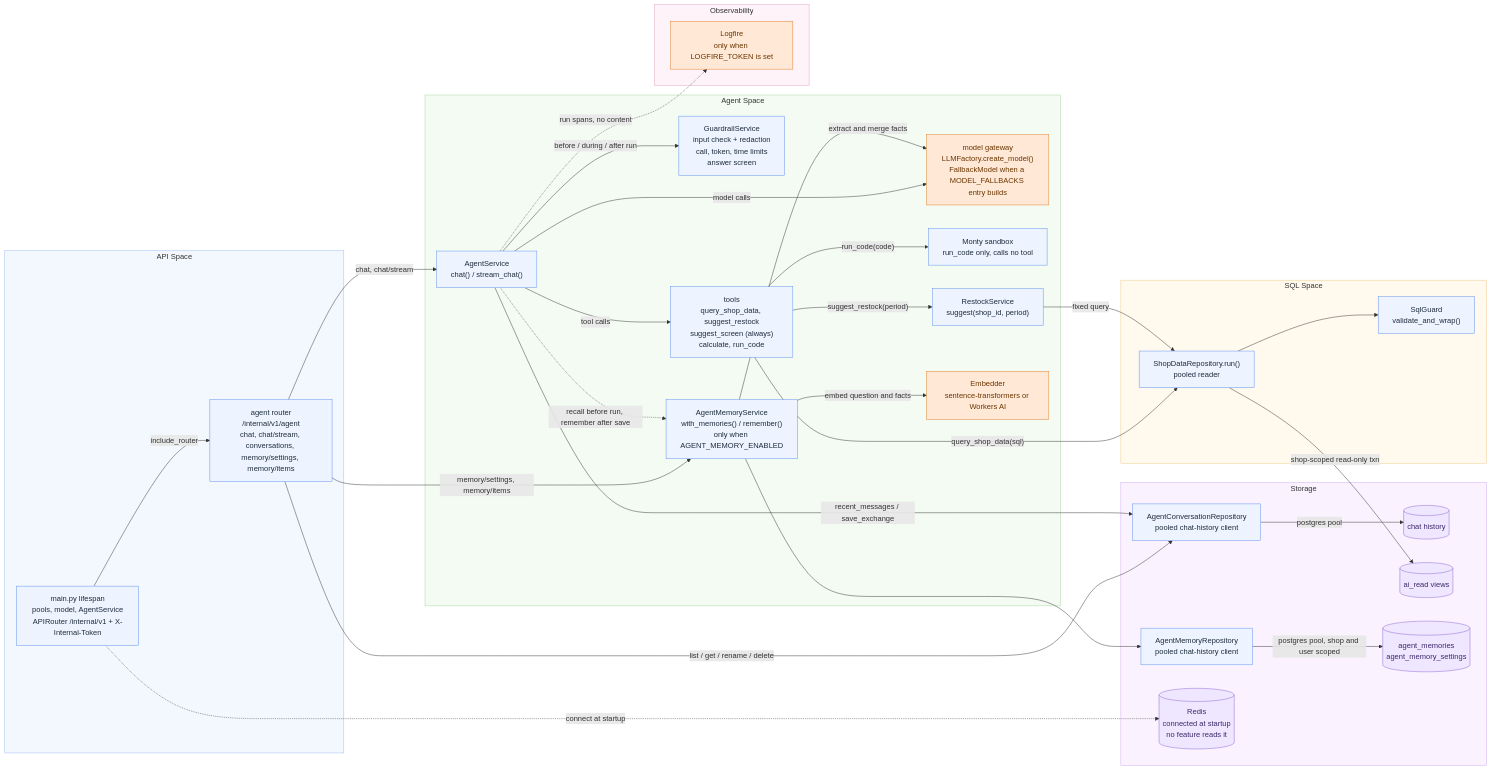
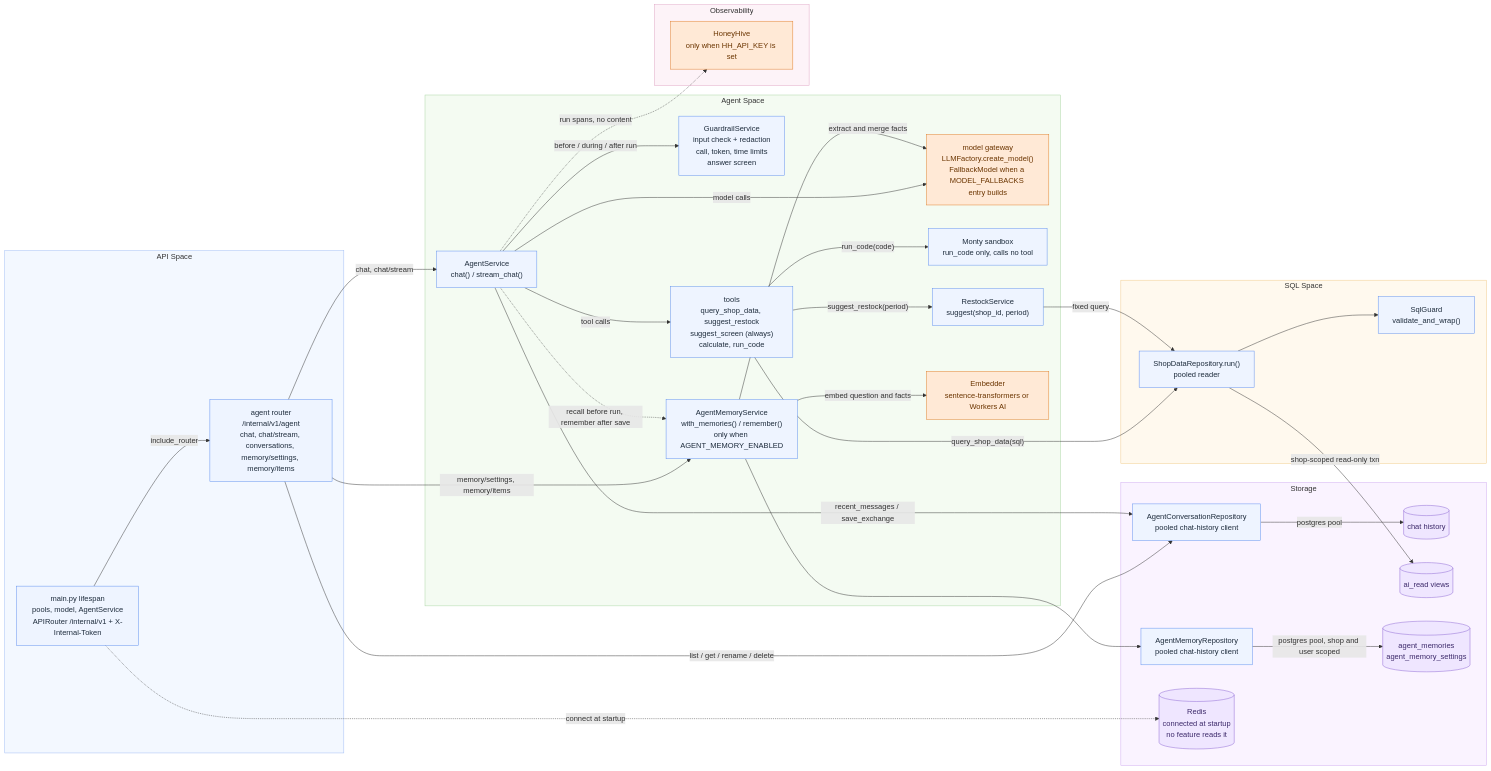
Before and after one commit to miphu2804/smart-ledger: diagram 13 of 14 in docs/architecture/service-walkthrough/README.md, drawn with Mermaid. The commit also changed other lines of this file and 13 other files, not shown here.

````diff
--- a/docs/architecture/service-walkthrough/README.md
+++ b/docs/architecture/service-walkthrough/README.md
@@ -600,70 +600,70 @@
 ```mermaid
 flowchart LR
     subgraph API["API Space"]
         MAIN["main.py lifespan<br/>pools, model, AgentService<br/>APIRouter /internal/v1 + X-Internal-Token"]
         ROUTER["agent router<br/>/internal/v1/agent<br/>chat, chat/stream, conversations, memory/settings, memory/items"]
     end
 
     subgraph Agent["Agent Space"]
         SVC["AgentService<br/>chat() / stream_chat()"]
         GUARD["GuardrailService<br/>input check + redaction<br/>call, token, time limits<br/>answer screen"]
         MODEL["model gateway<br/>LLMFactory.create_model()<br/>FallbackModel when a MODEL_FALLBACKS entry builds"]
         TOOLS["tools<br/>query_shop_data, suggest_restock<br/>suggest_screen (always)<br/>calculate, run_code"]
         SANDBOX["Monty sandbox<br/>run_code only, calls no tool"]
         RESTOCK["RestockService<br/>suggest(shop_id, period)"]
         MEM["AgentMemoryService<br/>with_memories() / remember()<br/>only when AGENT_MEMORY_ENABLED"]
         EMB["Embedder<br/>sentence-transformers or Workers AI"]
     end
 
     subgraph SQL["SQL Space"]
         EXEC["ShopDataRepository.run()<br/>pooled reader"]
         SG["SqlGuard<br/>validate_and_wrap()"]
     end
 
     subgraph Store["Storage"]
         REPO["AgentConversationRepository<br/>pooled chat-history client"]
         PG[("chat history")]
         VIEWS[("ai_read views")]
         MREPO["AgentMemoryRepository<br/>pooled chat-history client"]
         MEMDB[("agent_memories<br/>agent_memory_settings")]
         REDIS[("Redis<br/>connected at startup<br/>no feature reads it")]
     end
 
     subgraph Obs["Observability"]
-        LF["Logfire<br/>only when LOGFIRE_TOKEN is set"]
+        LF["HoneyHive<br/>only when HH_API_KEY is set"]
     end
 
     MAIN -->|"include_router"| ROUTER
     MAIN -.->|"connect at startup"| REDIS
     ROUTER -->|"chat, chat/stream"| SVC
     ROUTER -->|"list / get / rename / delete"| REPO
     SVC -->|"before / during / after run"| GUARD
     SVC -->|"model calls"| MODEL
     SVC -->|"tool calls"| TOOLS
     SVC -->|"recent_messages / save_exchange"| REPO
     SVC -.->|"run spans, no content"| LF
     TOOLS -->|"query_shop_data(sql)"| EXEC
     TOOLS -->|"suggest_restock(period)"| RESTOCK -->|"fixed query"| EXEC
     TOOLS -->|"run_code(code)"| SANDBOX
     EXEC --> SG
     EXEC -->|"shop-scoped read-only txn"| VIEWS
     REPO -->|"postgres pool"| PG
     ROUTER -->|"memory/settings, memory/items"| MEM
     SVC -.->|"recall before run, remember after save"| MEM
     MEM -->|"embed question and facts"| EMB
     MEM -->|"extract and merge facts"| MODEL
     MEM --> MREPO -->|"postgres pool, shop and user scoped"| MEMDB
     classDef default fill:#eef4ff,stroke:#5b8def,color:#1f2d3d
     classDef decision fill:#fff4cc,stroke:#d4a017,color:#5c4400
     classDef error fill:#fde2e1,stroke:#d9534f,color:#8a1f1b
     classDef terminal fill:#dff5e3,stroke:#3c9d5d,color:#1e5631
     classDef store fill:#efe6ff,stroke:#8a63d2,color:#3d2a6b
     classDef shared fill:#ffe9d6,stroke:#e07b24,color:#6b3500
     class PG,VIEWS,REDIS,MEMDB store
     class MODEL,LF,EMB shared
     style API fill:#f3f8ff,stroke:#9dbcf5
     style Agent fill:#f4fbf2,stroke:#a8d5a2
     style SQL fill:#fff9ee,stroke:#f0c987
     style Store fill:#faf3ff,stroke:#cfa8f0
     style Obs fill:#fdf3f8,stroke:#e0a3c4
 ```
````
